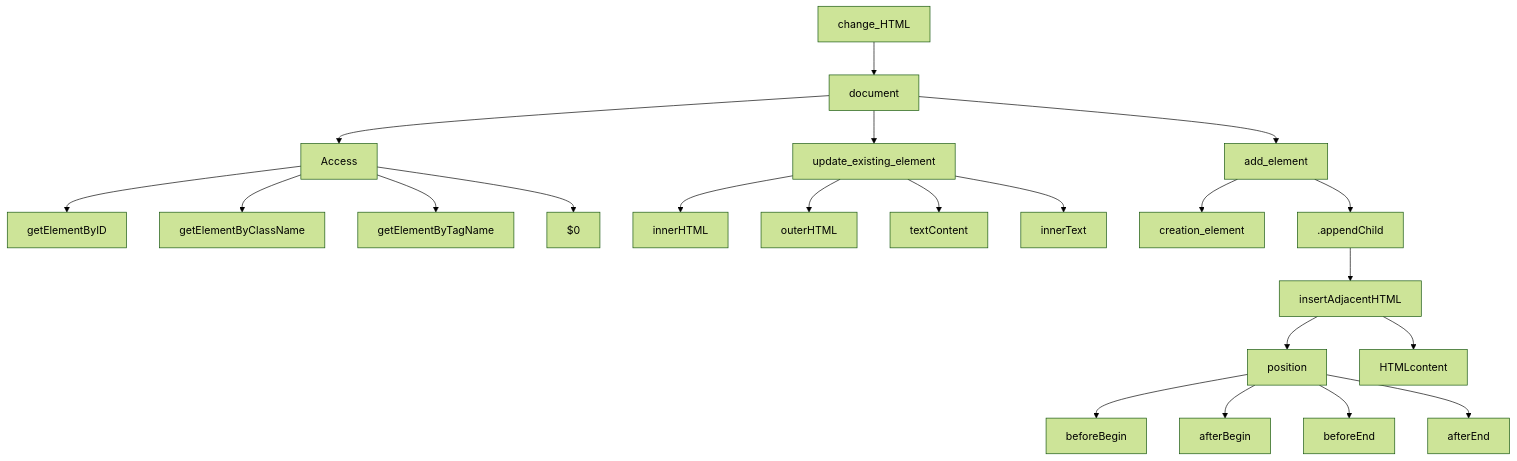
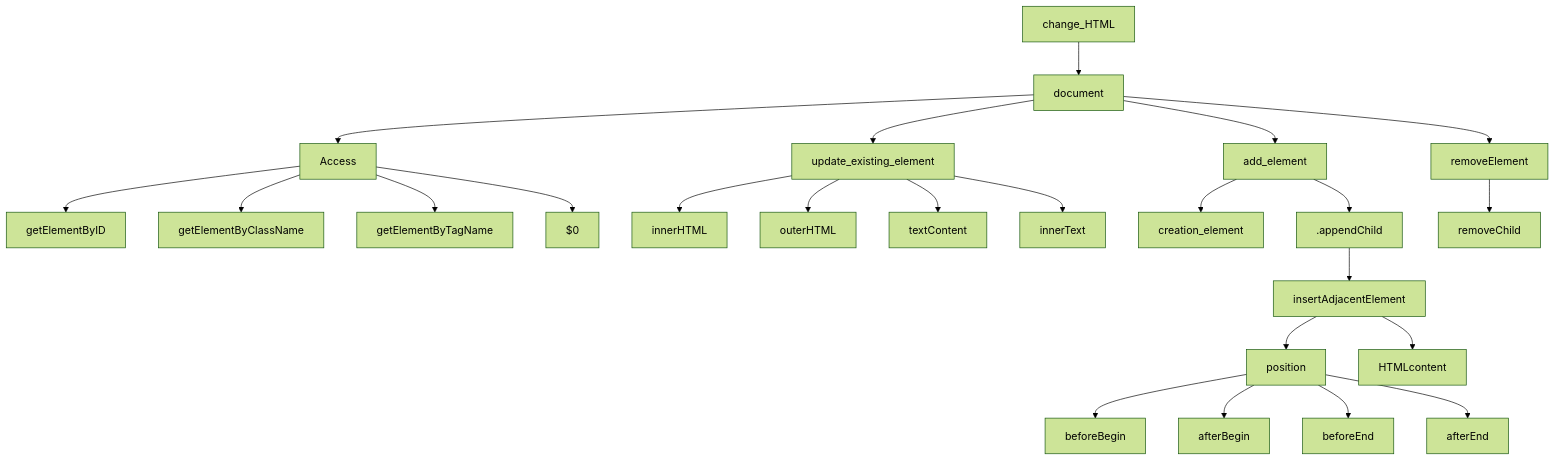
The second of 2 diagrams in DOM.md (siddharthkumarrai/Javascript_guide), drawn with Mermaid (forest theme) before and after one commit. The commit also changed other lines of this file, not shown here.

````diff
--- a/DOM.md
+++ b/DOM.md
@@ -29,27 +29,29 @@
 ```mermaid
 graph TB;
 
     change_HTML --> document;
     document --> Access;
     Access --> getElementByID;
     Access --> getElementByClassName;
     Access --> getElementByTagName;
     Access --> $0;
     document --> update_existing_element;
     update_existing_element --> innerHTML;
     update_existing_element --> outerHTML;
     update_existing_element --> textContent;
     update_existing_element --> innerText;
     document --> add_element;
     add_element --> creation_element;
     add_element --> .appendChild;
-    .appendChild --> insertAdjacentHTML;
-    insertAdjacentHTML --> position;
-    insertAdjacentHTML --> HTMLcontent
+    .appendChild --> insertAdjacentElement;
+    insertAdjacentElement --> position;
+    insertAdjacentElement --> HTMLcontent
     position --> beforeBegin;
     position --> afterBegin;
     position --> beforeEnd;
     position --> afterEnd;
+    document --> removeElement;
+    removeElement --> removeChild;
 
 
 ```
````
